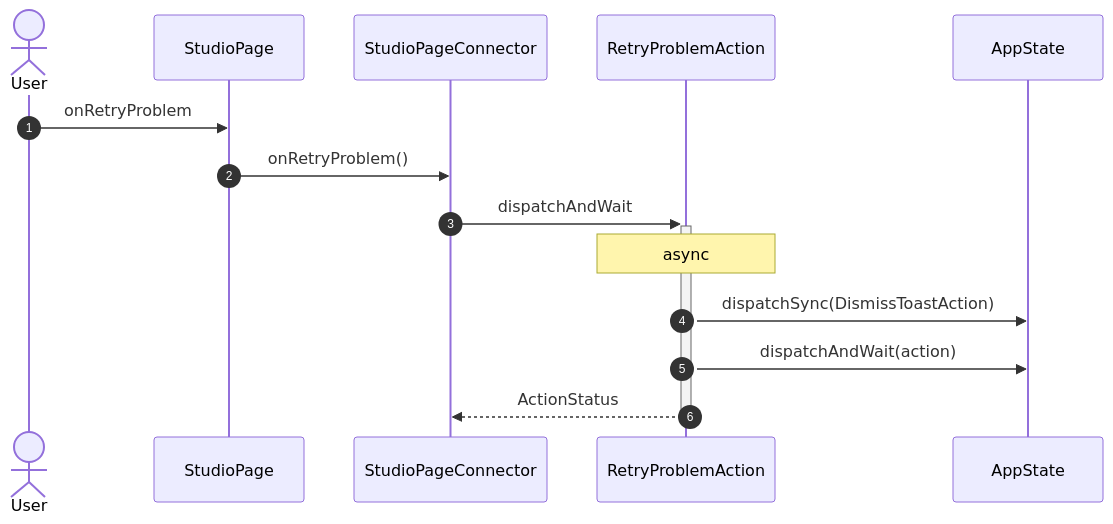
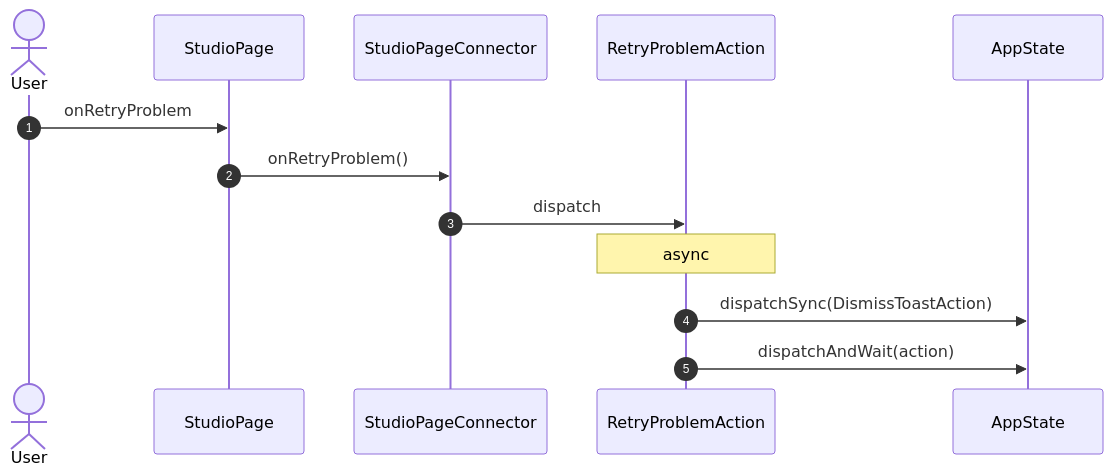
Diagram 12 of 18 in studio/docs/flows/studio.md (gencto/wyrm), drawn with Mermaid before and after one commit. The commit also changed other lines of this file and 24 other files, not shown here.

````diff
--- a/studio/docs/flows/studio.md
+++ b/studio/docs/flows/studio.md
@@ -43,17 +205,16 @@
 ```mermaid
 sequenceDiagram
     autonumber
     actor User
     participant UI as StudioPage
     participant VM as StudioPageConnector
     participant A1 as RetryProblemAction
     participant ST as AppState
 
     User->>UI: onRetryProblem
     UI->>VM: onRetryProblem()
-    VM->>+A1: dispatchAndWait
+    VM->>A1: dispatch
     Note over A1: async
     A1->>ST: dispatchSync(DismissToastAction)
     A1->>ST: dispatchAndWait(action)
-    A1-->>-VM: ActionStatus
 ```
````
